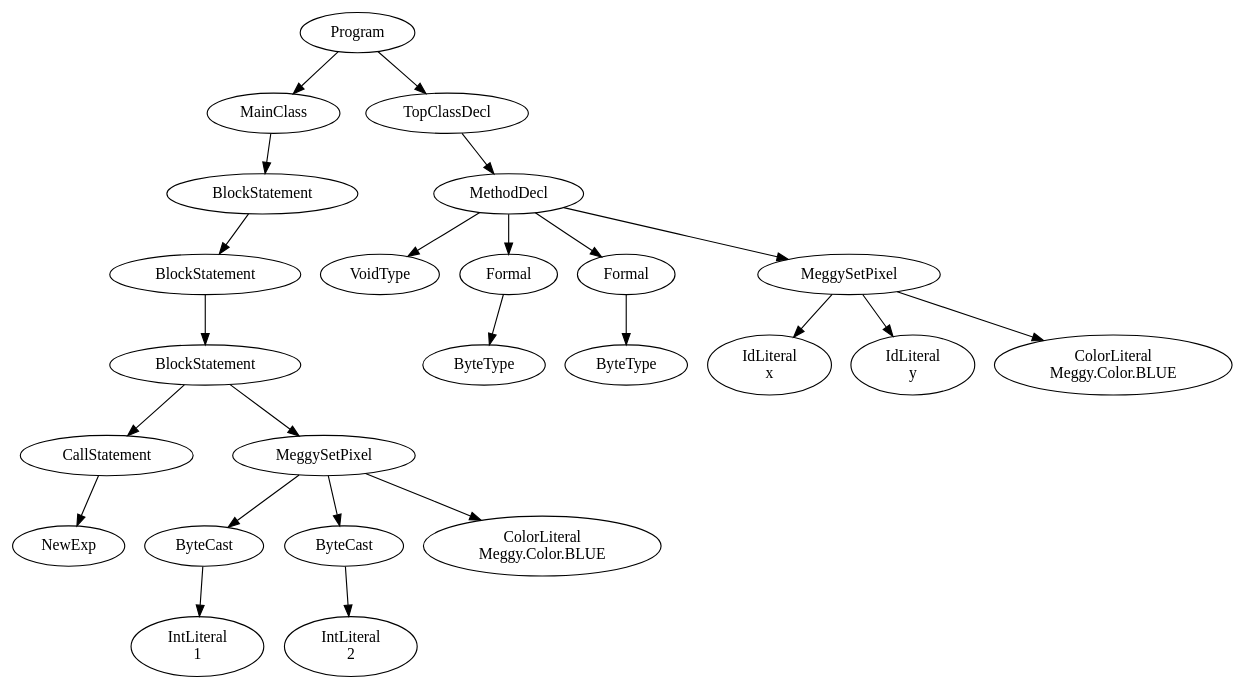
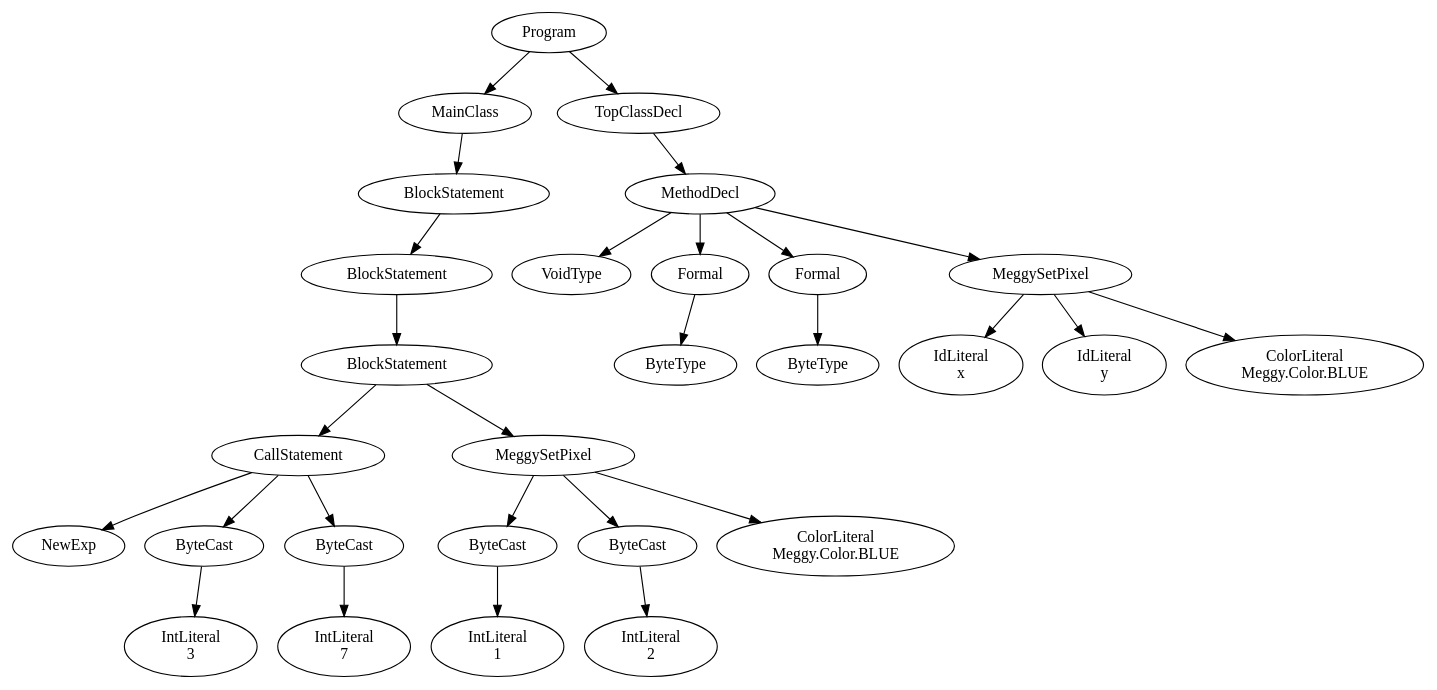
The diagram in PA4/PA4Tests/PA4bluedot.java.ast.dot (MissMeriel/CS4620-Compilers), drawn with Graphviz before and after one commit. The commit also changed 134 other files, not shown here.

```diff
--- a/PA4/PA4Tests/PA4bluedot.java.ast.dot
+++ b/PA4/PA4Tests/PA4bluedot.java.ast.dot
@@ -1,49 +1,57 @@
 digraph ASTGraph {
 0 [ label="Program" ];
 1 [ label="MainClass" ];
 0 -> 1
 2 [ label="BlockStatement" ];
 1 -> 2
 3 [ label="BlockStatement" ];
 2 -> 3
 4 [ label="BlockStatement" ];
 3 -> 4
 5 [ label="CallStatement" ];
 4 -> 5
 6 [ label="NewExp" ];
 5 -> 6
-7 [ label="MeggySetPixel" ];
-4 -> 7
-8 [ label="ByteCast" ];
+7 [ label="ByteCast" ];
+5 -> 7
+8 [ label="IntLiteral\n3" ];
 7 -> 8
-9 [ label="IntLiteral\n1" ];
-8 -> 9
-10 [ label="ByteCast" ];
-7 -> 10
-11 [ label="IntLiteral\n2" ];
-10 -> 11
-12 [ label="ColorLiteral\nMeggy.Color.BLUE" ];
-7 -> 12
-13 [ label="TopClassDecl" ];
-0 -> 13
-14 [ label="MethodDecl" ];
-13 -> 14
-15 [ label="VoidType" ];
+9 [ label="ByteCast" ];
+5 -> 9
+10 [ label="IntLiteral\n7" ];
+9 -> 10
+11 [ label="MeggySetPixel" ];
+4 -> 11
+12 [ label="ByteCast" ];
+11 -> 12
+13 [ label="IntLiteral\n1" ];
+12 -> 13
+14 [ label="ByteCast" ];
+11 -> 14
+15 [ label="IntLiteral\n2" ];
 14 -> 15
-16 [ label="Formal" ];
-14 -> 16
-17 [ label="ByteType" ];
-16 -> 17
-18 [ label="Formal" ];
-14 -> 18
-19 [ label="ByteType" ];
+16 [ label="ColorLiteral\nMeggy.Color.BLUE" ];
+11 -> 16
+17 [ label="TopClassDecl" ];
+0 -> 17
+18 [ label="MethodDecl" ];
+17 -> 18
+19 [ label="VoidType" ];
 18 -> 19
-20 [ label="MeggySetPixel" ];
-14 -> 20
-21 [ label="IdLiteral\nx" ];
+20 [ label="Formal" ];
+18 -> 20
+21 [ label="ByteType" ];
 20 -> 21
-22 [ label="IdLiteral\ny" ];
-20 -> 22
-23 [ label="ColorLiteral\nMeggy.Color.BLUE" ];
-20 -> 23
+22 [ label="Formal" ];
+18 -> 22
+23 [ label="ByteType" ];
+22 -> 23
+24 [ label="MeggySetPixel" ];
+18 -> 24
+25 [ label="IdLiteral\nx" ];
+24 -> 25
+26 [ label="IdLiteral\ny" ];
+24 -> 26
+27 [ label="ColorLiteral\nMeggy.Color.BLUE" ];
+24 -> 27
 }
```
